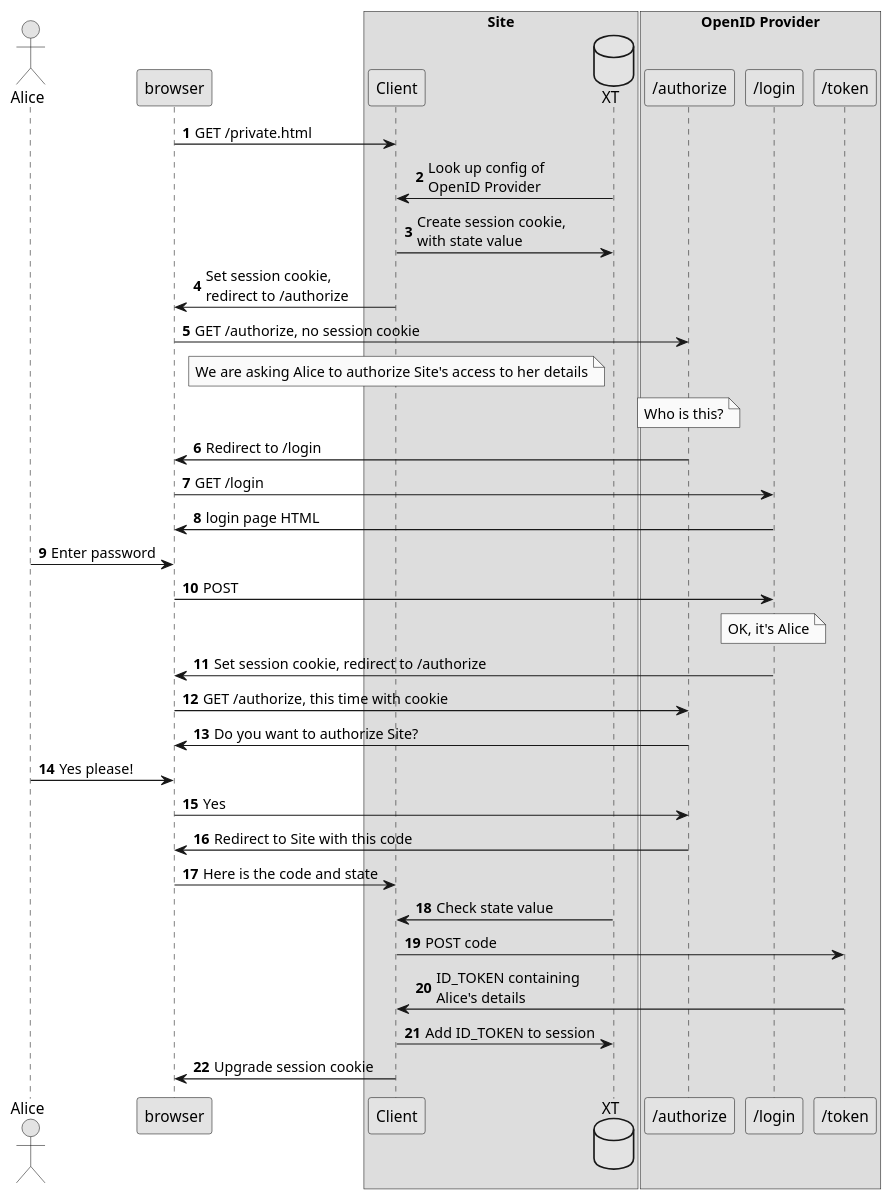
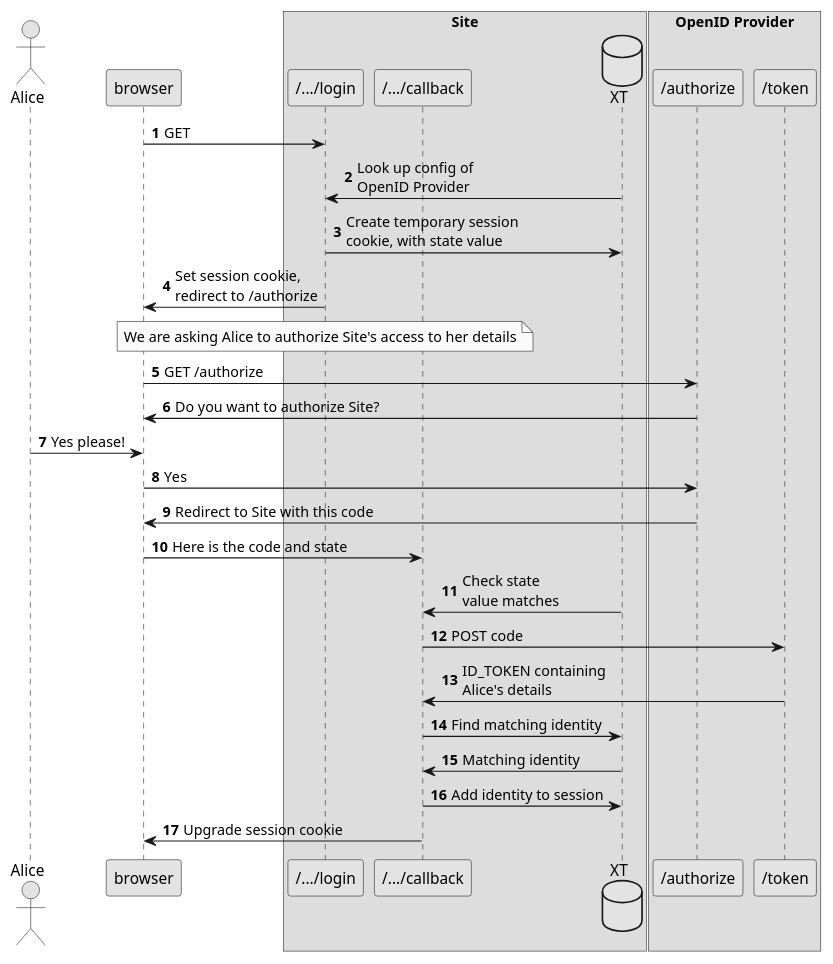
Before and after one commit to third-bridge/site: the first of 2 diagrams in doc/next/Authentication.adoc, drawn with PlantUML. The commit also changed other lines of this file and 5 other files, not shown here.

```diff
--- a/doc/next/Authentication.adoc
+++ b/doc/next/Authentication.adoc
@@ -296,46 +38,38 @@
 [plantuml,authentication-flow,png]
 ....
 skinparam monochrome true
 autonumber
 
 actor Alice as user
 participant browser
 
 box Site
-participant Client as site
+participant "/.../login" as login
+participant "/.../callback" as callback
 database XT
 end box
 
 box "OpenID Provider"
 participant "/authorize" as auth
-participant "/login" as login
 participant "/token" as token
 End box
 
-browser -> site: GET /private.html
-site <- XT: Look up config of\nOpenID Provider
-site -> XT: Create session cookie,\nwith state value
-site -> browser: Set session cookie,\nredirect to /authorize
-browser -> auth: GET /authorize, no session cookie
-note over site: We are asking Alice to authorize Site's access to her details
-note over auth: Who is this?
-auth -> browser: Redirect to /login
-browser -> login: GET /login
-login -> browser: login page HTML
-user -> browser: Enter password
-browser -> login: POST
-note over login: OK, it's Alice
-login -> browser: Set session cookie, redirect to /authorize
-browser -> auth: GET /authorize, this time with cookie
+browser -> login: GET
+login <- XT: Look up config of\nOpenID Provider
+login -> XT: Create temporary session\ncookie, with state value
+login -> browser: Set session cookie,\nredirect to /authorize
+note over login: We are asking Alice to authorize Site's access to her details
+browser -> auth: GET /authorize
 auth -> browser: Do you want to authorize Site?
 user -> browser: Yes please!
 browser -> auth: Yes
 auth -> browser: Redirect to Site with this code
-browser -> site: Here is the code and state
-site <- XT: Check state value
-site -> token: POST code
-token -> site: ID_TOKEN containing\nAlice's details
-site -> XT: Add ID_TOKEN to session
-site -> browser: Upgrade session cookie
-
+browser -> callback: Here is the code and state
+callback <- XT: Check state\nvalue matches
+callback -> token: POST code
+token -> callback: ID_TOKEN containing\nAlice's details
+callback -> XT: Find matching identity
+XT -> callback: Matching identity
+callback -> XT: Add identity to session
+callback -> browser: Upgrade session cookie
 ....
```
